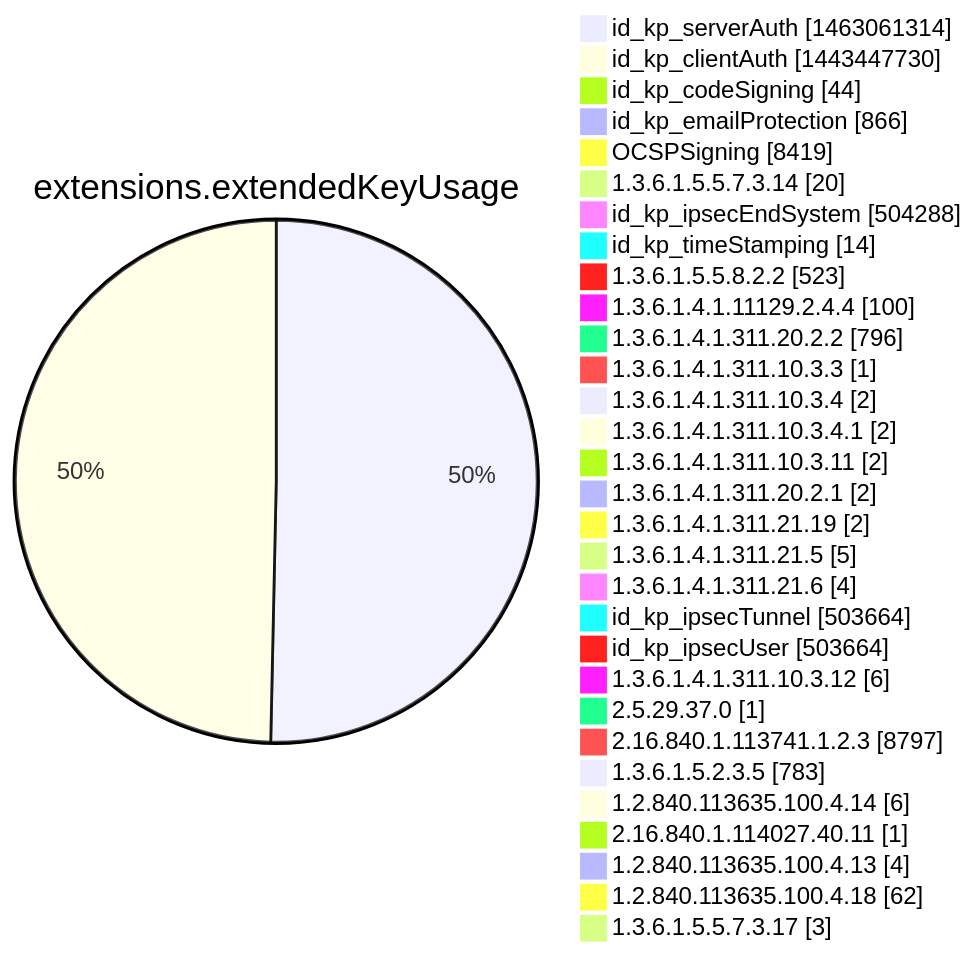
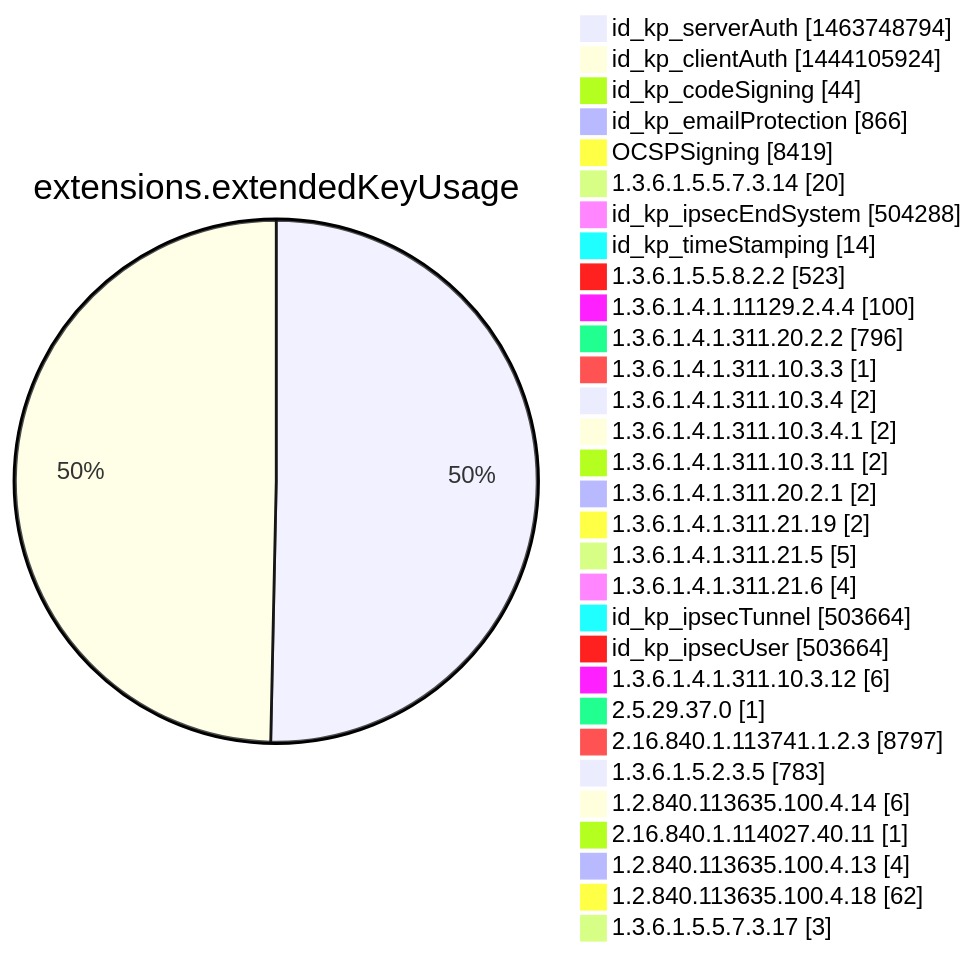
Diagram 12 of 15 in argon2022/README.md (christiankrug/ctmonitor_visualization), drawn with Mermaid before and after one commit. The commit also changed other lines of this file, not shown here.

````diff
--- a/argon2022/README.md
+++ b/argon2022/README.md
@@ -3555,34 +3555,34 @@
 ```mermaid
 pie showData
 title extensions.extendedKeyUsage
-"id_kp_serverAuth" :1463061314
-"id_kp_clientAuth" :1443447730
+"id_kp_serverAuth" :1463748794
+"id_kp_clientAuth" :1444105924
 "id_kp_codeSigning" :44
 "id_kp_emailProtection" :866
 "OCSPSigning" :8419
 "1.3.6.1.5.5.7.3.14" :20
 "id_kp_ipsecEndSystem" :504288
 "id_kp_timeStamping" :14
 "1.3.6.1.5.5.8.2.2" :523
 "1.3.6.1.4.1.11129.2.4.4" :100
 "1.3.6.1.4.1.311.20.2.2" :796
 "1.3.6.1.4.1.311.10.3.3" :1
 "1.3.6.1.4.1.311.10.3.4" :2
 "1.3.6.1.4.1.311.10.3.4.1" :2
 "1.3.6.1.4.1.311.10.3.11" :2
 "1.3.6.1.4.1.311.20.2.1" :2
 "1.3.6.1.4.1.311.21.19" :2
 "1.3.6.1.4.1.311.21.5" :5
 "1.3.6.1.4.1.311.21.6" :4
 "id_kp_ipsecTunnel" :503664
 "id_kp_ipsecUser" :503664
 "1.3.6.1.4.1.311.10.3.12" :6
 "2.5.29.37.0" :1
 "2.16.840.1.113741.1.2.3" :8797
 "1.3.6.1.5.2.3.5" :783
 "1.2.840.113635.100.4.14" :6
 "2.16.840.1.114027.40.11" :1
 "1.2.840.113635.100.4.13" :4
 "1.2.840.113635.100.4.18" :62
 "1.3.6.1.5.5.7.3.17" :3
 ```
````
